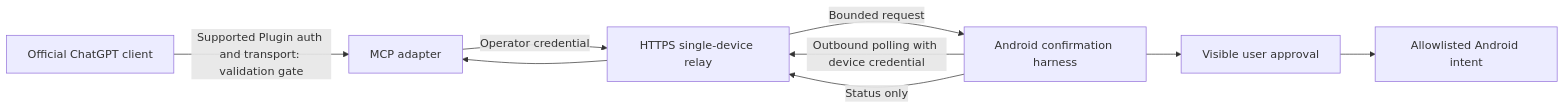
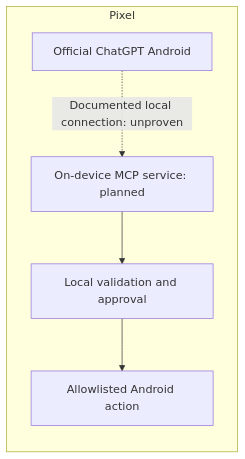
One commit to 42kyynfqjv-dot/Chatgptandroid changed the diagram in docs/architecture.md. Above: the diagram before and after it, drawn with Mermaid. The commit also changed other lines of this file and 9 other files, not shown here.

Commit message:
Set phone-hosted MCP as the target and retire cloud relay plan

````diff
--- a/docs/architecture.md
+++ b/docs/architecture.md
@@ -26,11 +26,8 @@
 ```mermaid
 flowchart LR
-    A[Official ChatGPT client] -->|Supported Plugin auth and transport: validation gate| B[MCP adapter]
-    B -->|Operator credential| C[HTTPS single-device relay]
-    D[Android confirmation harness] -->|Outbound polling with device credential| C
-    C -->|Bounded request| D
-    D --> E[Visible user approval]
-    E --> F[Allowlisted Android intent]
-    D -->|Status only| C
-    C --> B
+    subgraph Pixel
+        A[Official ChatGPT Android] -. Documented local connection: unproven .-> B[On-device MCP service: planned]
+        B --> C[Local validation and approval]
+        C --> D[Allowlisted Android action]
+    end
 ```
````
